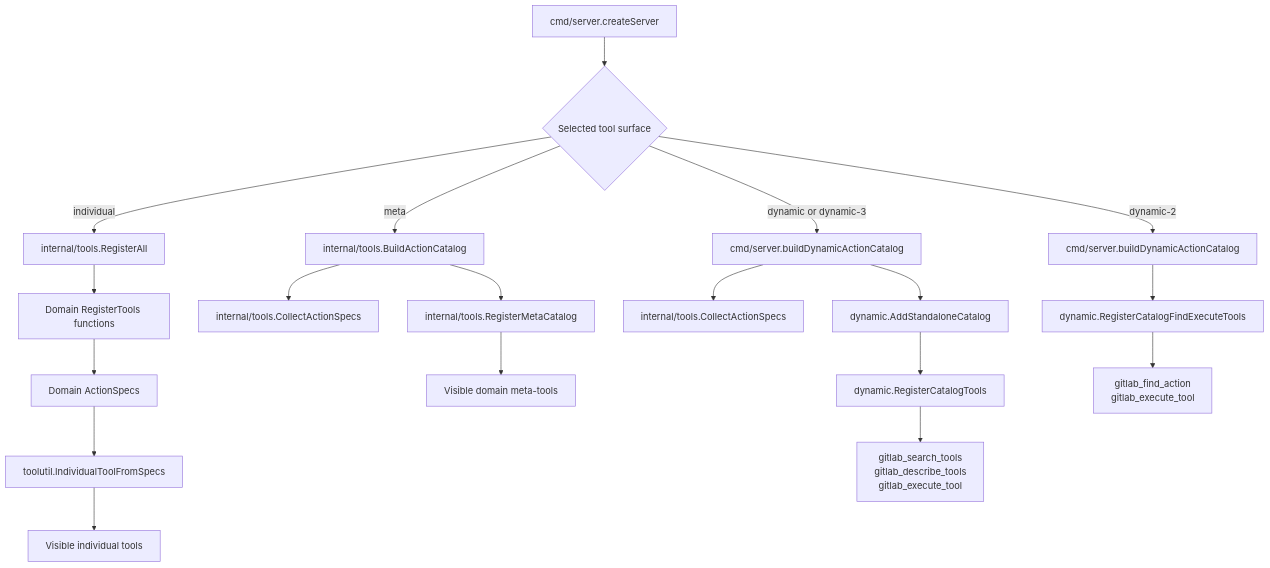
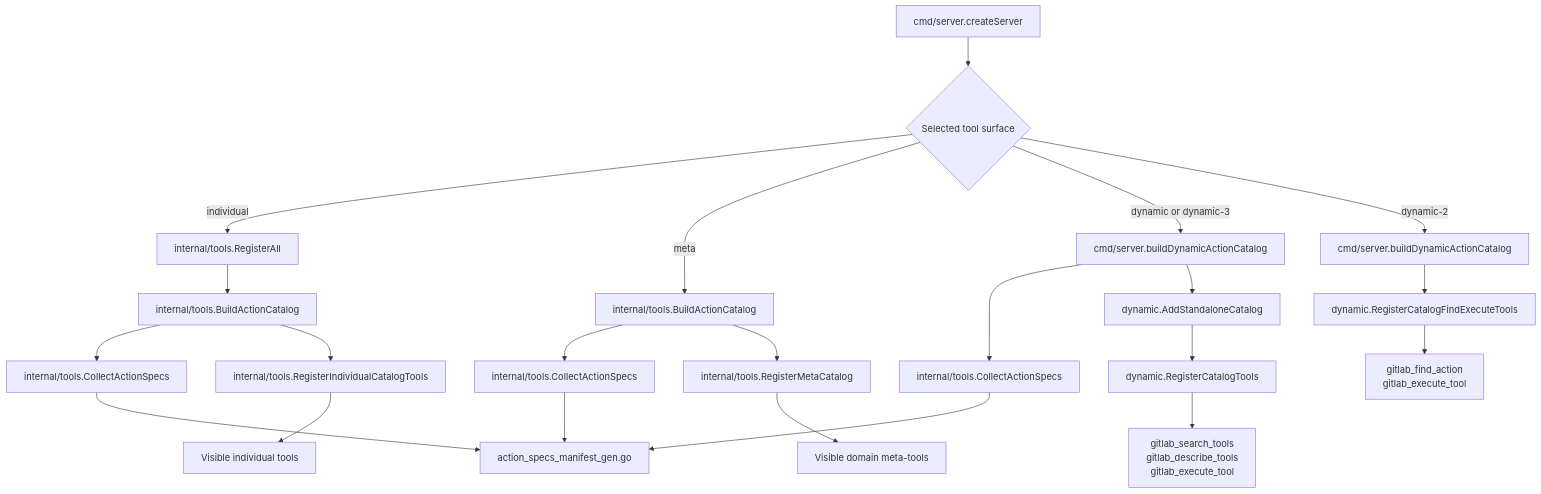
The second of 2 diagrams in docs/development/tool-surfaces-and-action-core.md (jmrplens/gitlab-mcp-server), drawn with Mermaid before and after one commit. The commit also changed other lines of this file and 1137 other files, not shown here.

First line of the commit message:
Consolidate catalog-first tool runtime (#108)

````diff
--- a/docs/development/tool-surfaces-and-action-core.md
+++ b/docs/development/tool-surfaces-and-action-core.md
@@ -97,28 +130,31 @@
 ```mermaid
 flowchart TD
     server[cmd/server.createServer]
     selector{Selected tool surface}
 
     server --> selector
 
     selector -->|individual| registerAll[internal/tools.RegisterAll]
-    registerAll --> domainTools[Domain RegisterTools functions]
-    domainTools --> individualSpecs[Domain ActionSpecs]
-    individualSpecs --> individualProjection[toolutil.IndividualToolFromSpecs]
+    registerAll --> buildIndividual[internal/tools.BuildActionCatalog]
+    buildIndividual --> collectIndividualSpecs[internal/tools.CollectActionSpecs]
+    collectIndividualSpecs --> generatedManifest
+    buildIndividual --> individualProjection[internal/tools.RegisterIndividualCatalogTools]
     individualProjection --> visibleIndividual[Visible individual tools]
 
     selector -->|meta| buildMeta[internal/tools.BuildActionCatalog]
     buildMeta --> collectSpecs[internal/tools.CollectActionSpecs]
+    collectSpecs --> generatedManifest[action_specs_manifest_gen.go]
     buildMeta --> registerMeta[internal/tools.RegisterMetaCatalog]
     registerMeta --> metaTools[Visible domain meta-tools]
 
     selector -->|dynamic or dynamic-3| buildDynamic[cmd/server.buildDynamicActionCatalog]
     buildDynamic --> collectDynamicSpecs[internal/tools.CollectActionSpecs]
+    collectDynamicSpecs --> generatedManifest
     buildDynamic --> standalone[dynamic.AddStandaloneCatalog]
     standalone --> dynamic3[dynamic.RegisterCatalogTools]
     dynamic3 --> threeTools[gitlab_search_tools\ngitlab_describe_tools\ngitlab_execute_tool]
 
     selector -->|dynamic-2| buildDynamic2[cmd/server.buildDynamicActionCatalog]
     buildDynamic2 --> dynamic2[dynamic.RegisterCatalogFindExecuteTools]
     dynamic2 --> twoTools[gitlab_find_action\ngitlab_execute_tool]
 ```
````
